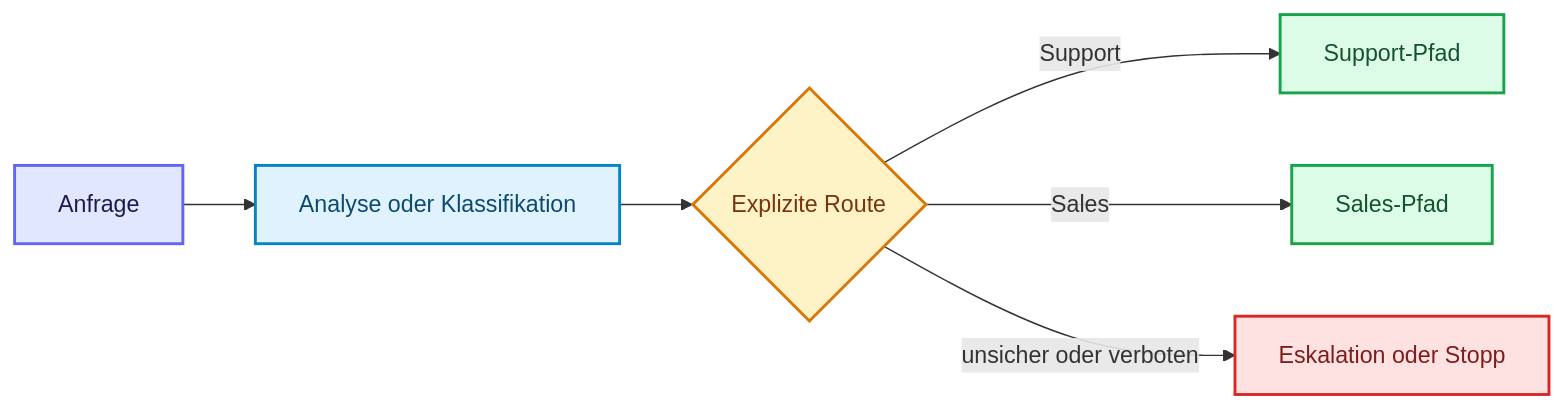
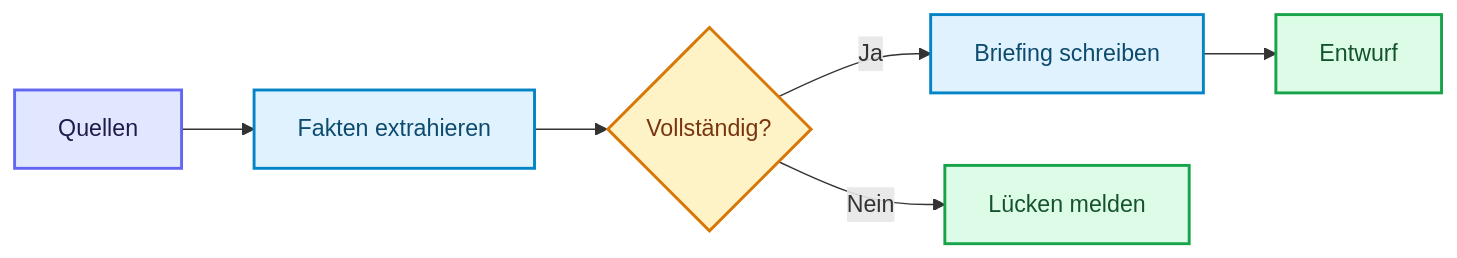
One commit to ralf-42/Agenten changed the second of 8 diagrams in docs/04-agenten-implementierung/entwurf/agent-architekturen.md. Above: the diagram before and after it, drawn with Mermaid. The commit also changed other lines of this file and 12 other files, not shown here.

````diff
--- a/docs/04-agenten-implementierung/entwurf/agent-architekturen.md
+++ b/docs/04-agenten-implementierung/entwurf/agent-architekturen.md
@@ -130,19 +86,13 @@
 ```mermaid
 flowchart LR
-    A[Anfrage] --> B[Analyse oder Klassifikation]
-    B --> C{Explizite Route}
-    C -->|Support| S[Support-Pfad]
-    C -->|Sales| V[Sales-Pfad]
-    C -->|unsicher oder verboten| E[Eskalation oder Stopp]
-
+    S["Quellen"] --> X["Fakten extrahieren"] --> V{"Vollständig?"}
+    V -->|Ja| W["Briefing schreiben"] --> B["Entwurf"]
+    V -->|Nein| H["Lücken melden"]
     classDef default fill:#e0f2fe,stroke:#0284c7,stroke-width:2px,color:#0c4a6e;
     classDef input fill:#e0e7ff,stroke:#6366f1,stroke-width:2px,color:#1e1b4b;
     classDef metric fill:#fef3c7,stroke:#d97706,stroke-width:2px,color:#78350f;
     classDef output fill:#dcfce7,stroke:#16a34a,stroke-width:2px,color:#14532d;
-    classDef stop fill:#fee2e2,stroke:#dc2626,stroke-width:2px,color:#7f1d1d;
-
-    class A input;
-    class C metric;
-    class S,V output;
-    class E stop;
+    class S input;
+    class V metric;
+    class B,H output;
 ```
````
